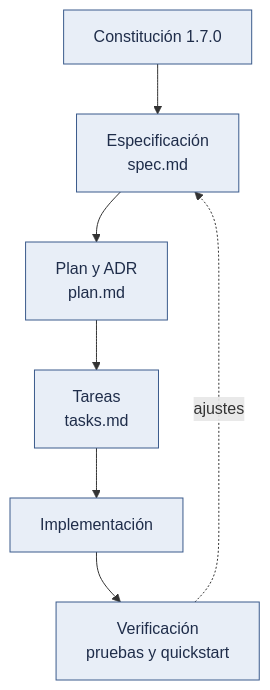
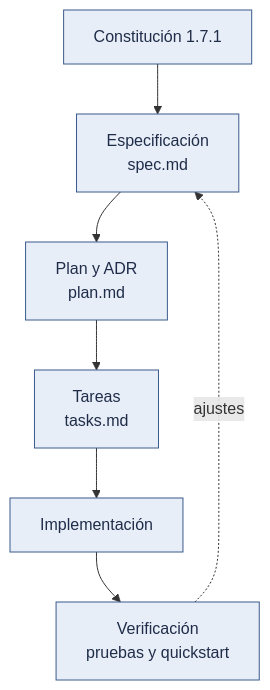
Before and after one commit to semcham/proyecto-final-barberia-ayacucho: the diagram in docs/05-gestion/03-sdd-spec-kit.md, drawn with Mermaid. The commit also changed other lines of this file and 24 other files, not shown here.

````diff
--- a/docs/05-gestion/03-sdd-spec-kit.md
+++ b/docs/05-gestion/03-sdd-spec-kit.md
@@ -14,16 +14,16 @@
 ```mermaid
 flowchart TB
-    A["Constitución 1.7.0"] --> B["Especificación<br/>spec.md"]
+    A["Constitución 1.7.1"] --> B["Especificación<br/>spec.md"]
     B --> C["Plan y ADR<br/>plan.md"]
     C --> D["Tareas<br/>tasks.md"]
     D --> E["Implementación"]
     E --> F["Verificación<br/>pruebas y quickstart"]
     F -.->|"ajustes"| B
 
     classDef implementado fill:#e8eef7,stroke:#3b5b8c,color:#1f2d4a
     classDef planificado fill:#e8eef7,stroke:#3b5b8c,color:#1f2d4a
     classDef externo fill:#fff3e0,stroke:#ef6c00,color:#e65100
     classDef datos fill:#e3f2fd,stroke:#1565c0,color:#0d47a1
     classDef rechazo fill:#ffebee,stroke:#c62828,color:#b71c1c
     class A,B,C,D,E,F implementado
 ```
````
